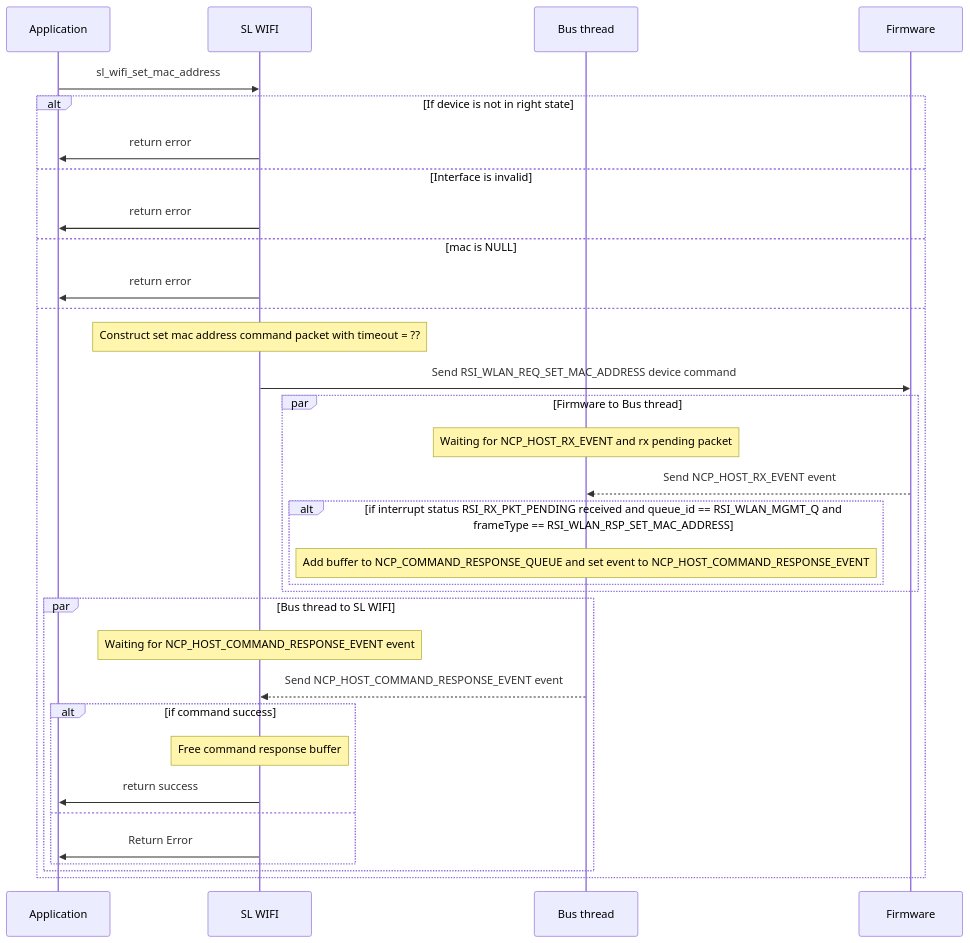
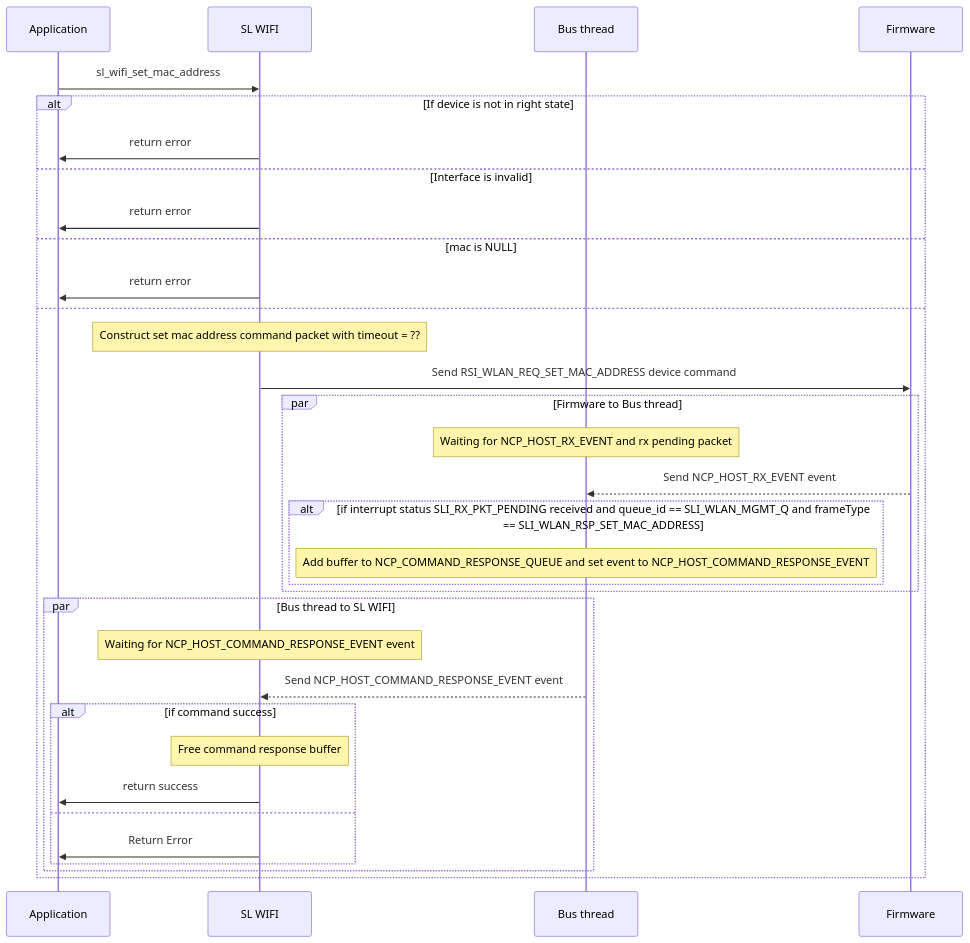
The tenth of 11 diagrams in components/protocol/wifi/readme.md (SiliconLabs/wiseconnect), drawn with Mermaid before and after one commit. The commit also changed other lines of this file and 4347 other files, not shown here.

````diff
--- a/components/protocol/wifi/readme.md
+++ b/components/protocol/wifi/readme.md
@@ -607,41 +607,41 @@
 ```mermaid
  sequenceDiagram 
      #sl_status_t sl_wifi_set_mac_address(sl_wifi_interface_t interface, const sl_mac_address_t *mac)
   participant app as Application
   participant wifi as SL WIFI
   participant bus as Bus thread  
   participant fw as Firmware
 
         
   app ->> wifi: sl_wifi_set_mac_address
 
   alt  If device is not in right state
    wifi ->> app: return error
   else Interface is invalid
    wifi ->> app: return error
   else mac is NULL
    wifi ->> app: return error
   else
    Note over wifi: Construct set mac address command packet with timeout = ?? 
    wifi ->> fw:Send RSI_WLAN_REQ_SET_MAC_ADDRESS device command
 
             par Firmware to Bus thread
                 Note over bus: Waiting for NCP_HOST_RX_EVENT and rx pending packet
                 fw -->> bus: Send NCP_HOST_RX_EVENT event
-                alt if interrupt status RSI_RX_PKT_PENDING received and queue_id == RSI_WLAN_MGMT_Q and frameType == RSI_WLAN_RSP_SET_MAC_ADDRESS
+                alt if interrupt status SLI_RX_PKT_PENDING received and queue_id == SLI_WLAN_MGMT_Q and frameType == SLI_WLAN_RSP_SET_MAC_ADDRESS
                     Note over bus: Add buffer to NCP_COMMAND_RESPONSE_QUEUE and set event to NCP_HOST_COMMAND_RESPONSE_EVENT
                 end
             end
 
    par Bus thread to SL WIFI
     Note over wifi: Waiting for NCP_HOST_COMMAND_RESPONSE_EVENT event
     bus -->> wifi: Send NCP_HOST_COMMAND_RESPONSE_EVENT event
     alt if command success
      Note over wifi: Free command response buffer
      wifi ->> app: return success
     else 
      wifi ->> app: Return Error
     end
    end
   end
 ```
````
